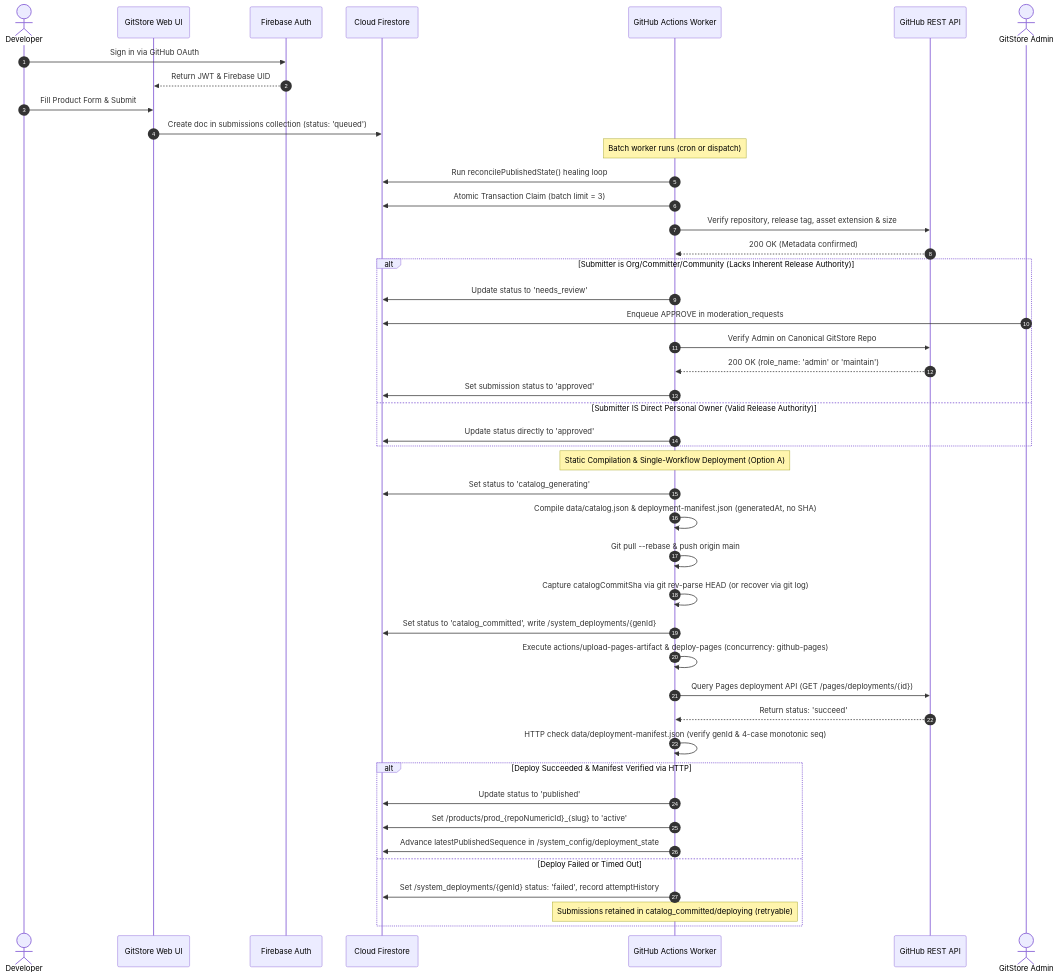
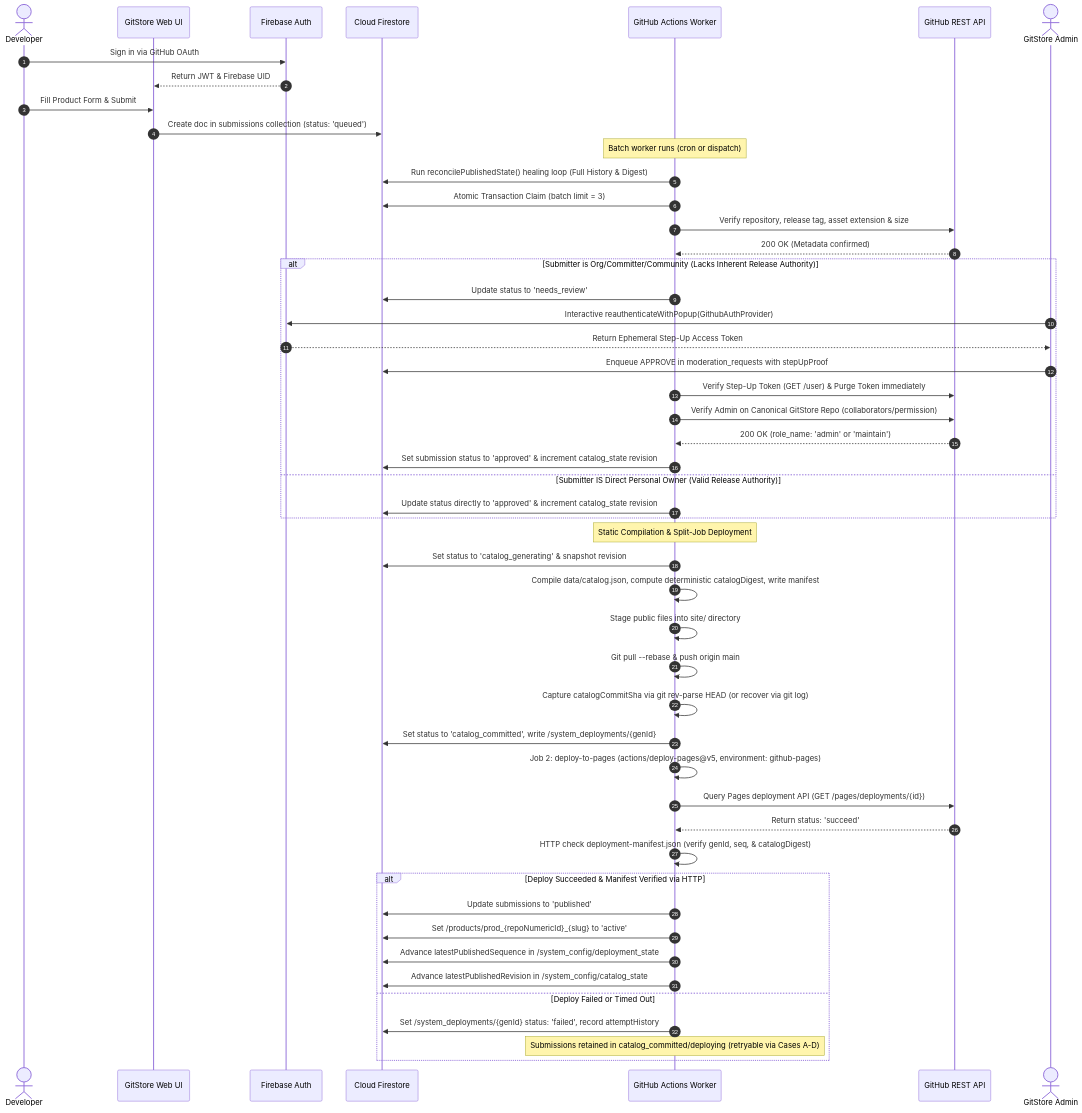
One commit to Rohitpvt/GitStore changed the third of 5 diagrams in docs/SDD.md. Above: the diagram before and after it, drawn with Mermaid. The commit also changed other lines of this file and 13 other files, not shown here.

Commit message:
chore(phase-0.1.5): finalize security rules, step-up auth and deployment recovery audit

````diff
--- a/docs/SDD.md
+++ b/docs/SDD.md
@@ -136,48 +126,53 @@
 ```mermaid
 sequenceDiagram
     autonumber
     actor Dev as Developer
     participant Client as GitStore Web UI
     participant Auth as Firebase Auth
     participant DB as Cloud Firestore
     participant Worker as GitHub Actions Worker
     participant GHAPI as GitHub REST API
     actor Admin as GitStore Admin
 
     Dev->>Auth: Sign in via GitHub OAuth
     Auth-->>Client: Return JWT & Firebase UID
     Dev->>Client: Fill Product Form & Submit
     Client->>DB: Create doc in submissions collection (status: 'queued')
     Note over Worker: Batch worker runs (cron or dispatch)
-    Worker->>DB: Run reconcilePublishedState() healing loop
+    Worker->>DB: Run reconcilePublishedState() healing loop (Full History & Digest)
     Worker->>DB: Atomic Transaction Claim (batch limit = 3)
     Worker->>GHAPI: Verify repository, release tag, asset extension & size
     GHAPI-->>Worker: 200 OK (Metadata confirmed)
     alt Submitter is Org/Committer/Community (Lacks Inherent Release Authority)
         Worker->>DB: Update status to 'needs_review'
-        Admin->>DB: Enqueue APPROVE in moderation_requests
-        Worker->>GHAPI: Verify Admin on Canonical GitStore Repo
+        Admin->>Auth: Interactive reauthenticateWithPopup(GithubAuthProvider)
+        Auth-->>Admin: Return Ephemeral Step-Up Access Token
+        Admin->>DB: Enqueue APPROVE in moderation_requests with stepUpProof
+        Worker->>GHAPI: Verify Step-Up Token (GET /user) & Purge Token immediately
+        Worker->>GHAPI: Verify Admin on Canonical GitStore Repo (collaborators/permission)
         GHAPI-->>Worker: 200 OK (role_name: 'admin' or 'maintain')
-        Worker->>DB: Set submission status to 'approved'
+        Worker->>DB: Set submission status to 'approved' & increment catalog_state revision
     else Submitter IS Direct Personal Owner (Valid Release Authority)
-        Worker->>DB: Update status directly to 'approved'
+        Worker->>DB: Update status directly to 'approved' & increment catalog_state revision
     end
-    Note over Worker: Static Compilation & Single-Workflow Deployment (Option A)
-    Worker->>DB: Set status to 'catalog_generating'
-    Worker->>Worker: Compile data/catalog.json & deployment-manifest.json (generatedAt, no SHA)
+    Note over Worker: Static Compilation & Split-Job Deployment
+    Worker->>DB: Set status to 'catalog_generating' & snapshot revision
+    Worker->>Worker: Compile data/catalog.json, compute deterministic catalogDigest, write manifest
+    Worker->>Worker: Stage public files into site/ directory
     Worker->>Worker: Git pull --rebase & push origin main
     Worker->>Worker: Capture catalogCommitSha via git rev-parse HEAD (or recover via git log)
     Worker->>DB: Set status to 'catalog_committed', write /system_deployments/{genId}
-    Worker->>Worker: Execute actions/upload-pages-artifact & deploy-pages (concurrency: github-pages)
+    Worker->>Worker: Job 2: deploy-to-pages (actions/deploy-pages@v5, environment: github-pages)
     Worker->>GHAPI: Query Pages deployment API (GET /pages/deployments/{id})
     GHAPI-->>Worker: Return status: 'succeed'
-    Worker->>Worker: HTTP check data/deployment-manifest.json (verify genId & 4-case monotonic seq)
+    Worker->>Worker: HTTP check deployment-manifest.json (verify genId, seq, & catalogDigest)
     alt Deploy Succeeded & Manifest Verified via HTTP
-        Worker->>DB: Update status to 'published'
+        Worker->>DB: Update submissions to 'published'
         Worker->>DB: Set /products/prod_{repoNumericId}_{slug} to 'active'
         Worker->>DB: Advance latestPublishedSequence in /system_config/deployment_state
+        Worker->>DB: Advance latestPublishedRevision in /system_config/catalog_state
     else Deploy Failed or Timed Out
         Worker->>DB: Set /system_deployments/{genId} status: 'failed', record attemptHistory
-        Note over Worker: Submissions retained in catalog_committed/deploying (retryable)
+        Note over Worker: Submissions retained in catalog_committed/deploying (retryable via Cases A-D)
     end
 ```
````
